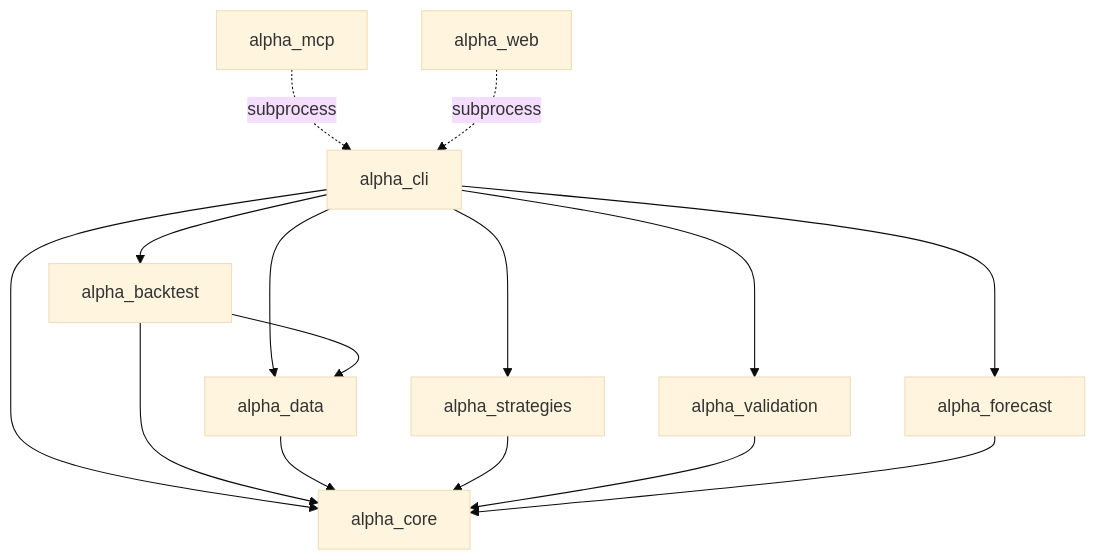
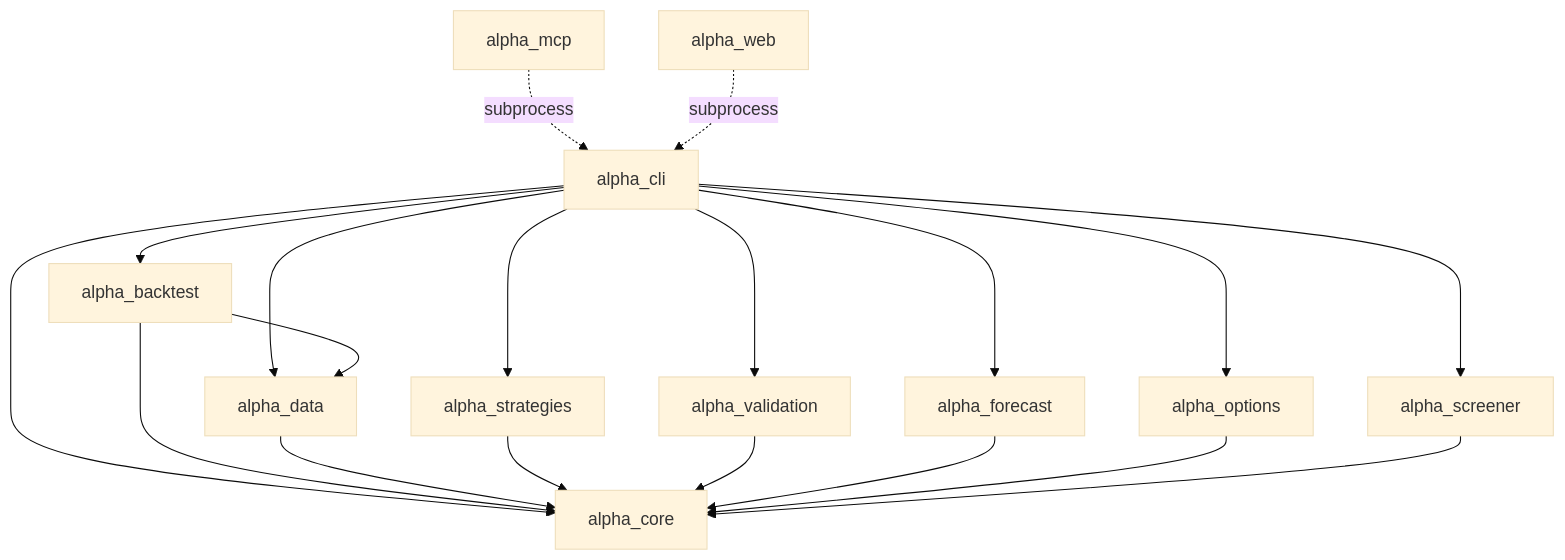
One commit to tradingsystem1880-eng/Project-ALPHA changed the first of 3 diagrams in docs/ARCHITECTURE.md. Above: the diagram before and after it, drawn with Mermaid (base theme). The commit also changed other lines of this file and 12 other files, not shown here.

````diff
--- a/docs/ARCHITECTURE.md
+++ b/docs/ARCHITECTURE.md
@@ -19,27 +19,33 @@
 ```mermaid
 graph TD
     mcp[alpha_mcp]
     web[alpha_web]
     cli[alpha_cli]
     bt[alpha_backtest]
     data[alpha_data]
     strat[alpha_strategies]
     val[alpha_validation]
     fc[alpha_forecast]
+    opt[alpha_options]
+    screen[alpha_screener]
     core[alpha_core]
 
     mcp -. subprocess .-> cli
     web -. subprocess .-> cli
     cli --> bt
     cli --> data
     cli --> strat
     cli --> val
     cli --> fc
+    cli --> opt
+    cli --> screen
     cli --> core
     bt --> data
     bt --> core
     data --> core
     strat --> core
     val --> core
     fc --> core
+    opt --> core
+    screen --> core
 ```
````
